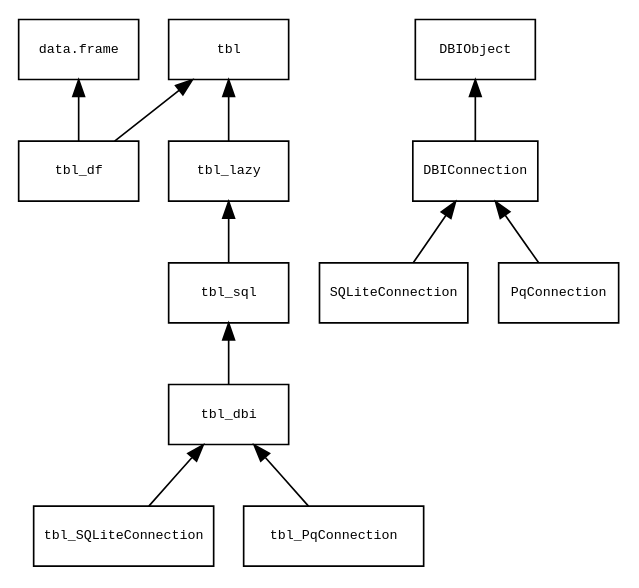
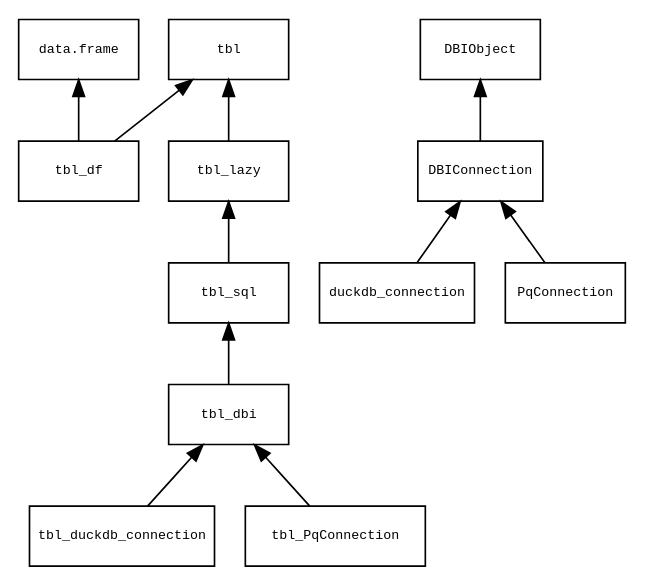
Before and after one commit to ramses-antibiotics/ramses-package: the diagram in vignettes/ramses-objects/tbl-class-diagram.gv, drawn with Graphviz. The commit also changed 15 other files, not shown here.

```diff
--- a/vignettes/ramses-objects/tbl-class-diagram.gv
+++ b/vignettes/ramses-objects/tbl-class-diagram.gv
@@ -1,51 +1,51 @@
 digraph G {
 
   node [
           fontname = "monospace"
           shape = "record"
           width = 1
           fontsize = 8
 
   ]
 
   edge [
           fontname = "sans-serif"
   ]
 
 dataframe [
   label="data.frame"
   width = 1
 ]
 
-tbl_SQLiteConnection [
+tbl_duckdb_connection [
   width = 1.5
 ]
 
 tbl_PqConnection [
   width = 1.5
 ]
 
 DBIConnection [
 ]
 
-SQLiteConnection [
+duckdb_connection [
   width = 1.2
 ]
 
 PqConnection [
   width=1
 ]
 
 tbl -> tbl_lazy [dir=back]
 tbl_lazy -> tbl_sql [dir=back]
 tbl_sql -> tbl_dbi [dir=back]
-tbl_dbi -> tbl_SQLiteConnection [dir=back]
+tbl_dbi -> tbl_duckdb_connection [dir=back]
 tbl_dbi -> tbl_PqConnection [dir=back]
 tbl -> tbl_df [dir=back]
 dataframe -> tbl_df [dir=back]
 
 DBIObject -> DBIConnection [dir=back]
-DBIConnection -> SQLiteConnection [dir=back]
+DBIConnection -> duckdb_connection [dir=back]
 DBIConnection -> PqConnection [dir=back]
 
 }
```
